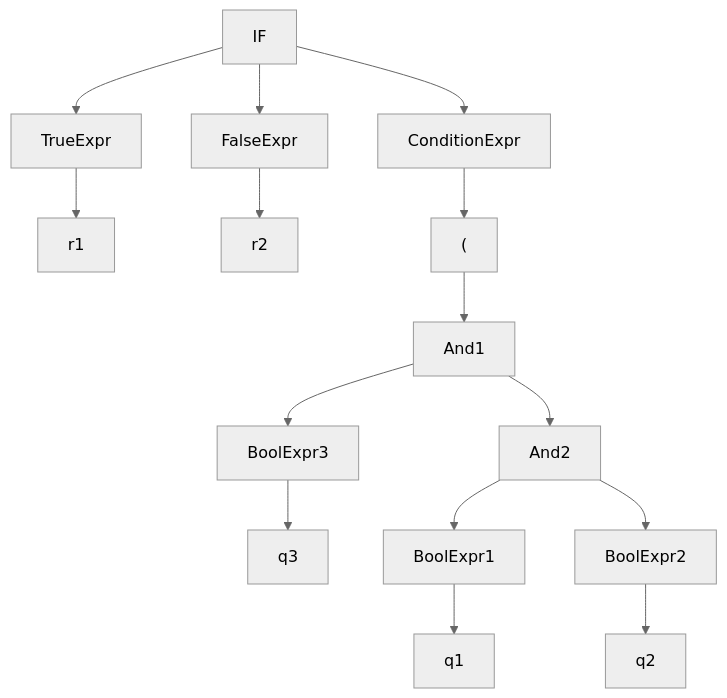
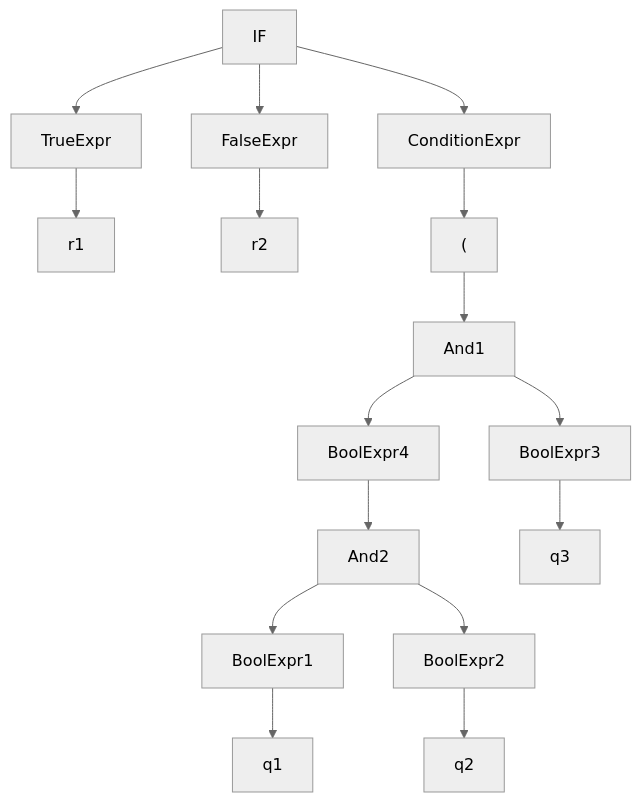
One commit to SnickerdoodleLabs/protocol changed the third of 3 diagrams in documentation/sdql/Execution-Plan.md. Above: the diagram before and after it, drawn with Mermaid (neutral theme). The commit also changed 5 other files, not shown here.

````diff
--- a/documentation/sdql/Execution-Plan.md
+++ b/documentation/sdql/Execution-Plan.md
@@ -30,17 +30,18 @@
 ```mermaid
 graph TD;
     IF-->TrueExpr-->r1;
     IF-->ConditionExpr;
     IF-->FalseExpr-->r2;
 
     ConditionExpr --> Parenthesis1["("];
     Parenthesis1 --> And1;
-    And1 --> And2;
+    And1 --> BoolExpr4;
+    BoolExpr4 --> And2;
     And1 --> BoolExpr3;
     BoolExpr3 --> q3;
     And2-->BoolExpr1;
     And2-->BoolExpr2;
     BoolExpr1 --> q1;
     BoolExpr2 --> q2;
 
 ```
````
